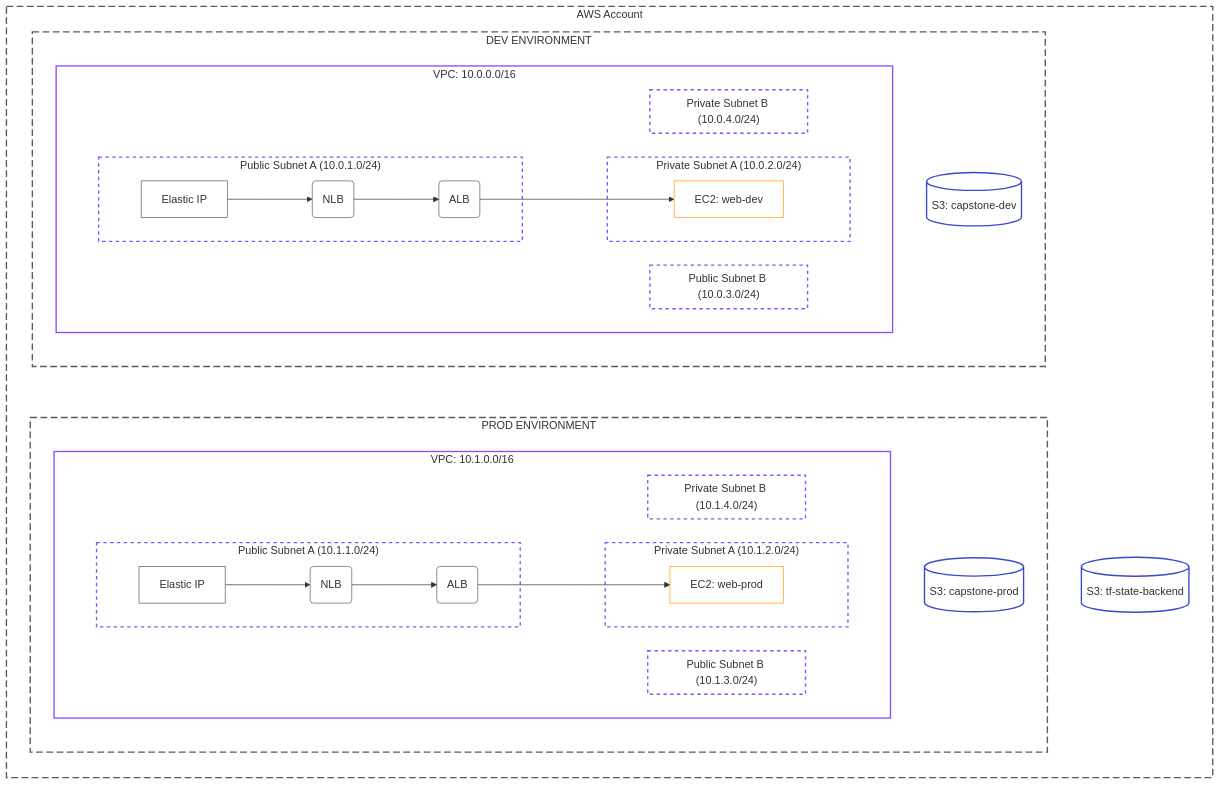
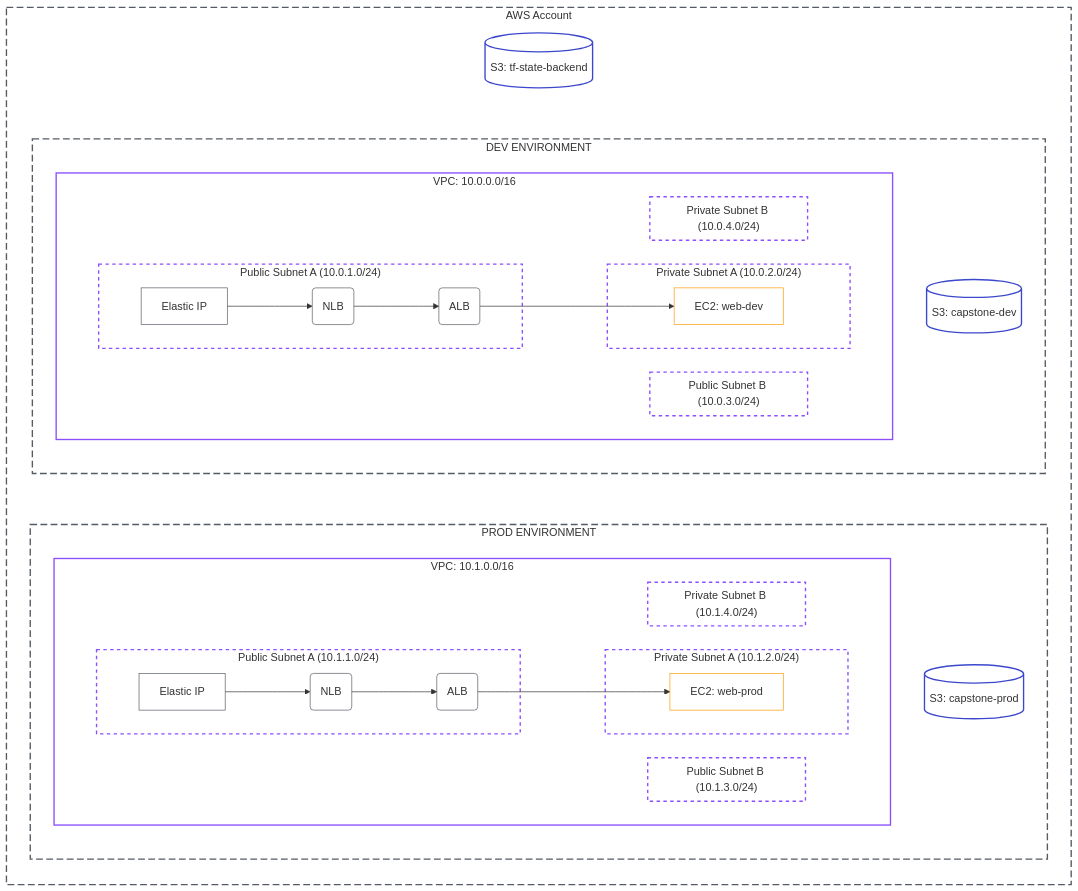
One commit to luhur-acn/intern-labs changed the first of 2 diagrams in capstones/capstone3/Project_Capstone_Import.md. Above: the diagram before and after it, drawn with Mermaid. The commit also changed 1 other file, not shown here.

Commit message:
refactor: Improve clarity and organization of Mermaid diagrams in IaC and Import capstone project documentation.

````diff
--- a/capstones/capstone3/Project_Capstone_Import.md
+++ b/capstones/capstone3/Project_Capstone_Import.md
@@ -24,63 +24,67 @@
 ```mermaid
-graph TD
+graph TB
     %% Styling (AWS Standards)
     classDef vpc fill:none,stroke:#8c4fff,stroke-width:2px;
     classDef subnet fill:none,stroke:#8c4fff,stroke-width:2px,stroke-dasharray: 5 5;
     classDef compute fill:none,stroke:#ff9900,stroke-width:1px;
     classDef s3 fill:none,stroke:#3b48cc,stroke-width:2px;
     classDef env fill:none,stroke:#545b64,stroke-width:2px,stroke-dasharray: 10 5;
     classDef external fill:none,stroke:#545b64,stroke-width:1px;
 
     subgraph AWS_Acc ["AWS Account"]
         direction TB
 
+        TFState[(S3: tf-state-backend)]
+
         subgraph DevEnv ["DEV ENVIRONMENT"]
             direction TB
+            D_S3[(S3: capstone-dev)]
             subgraph DevVPC ["VPC: 10.0.0.0/16"]
+                direction LR
                 subgraph DevPub ["Public Subnet A (10.0.1.0/24)"]
                     D_EIP[Elastic IP] --> D_NLB(NLB)
                     D_NLB --> D_ALB(ALB)
                 end
                 subgraph DevPubB ["Public Subnet B (10.0.3.0/24)"]
                 end
                 subgraph DevPriv ["Private Subnet A (10.0.2.0/24)"]
                     D_ALB --> D_EC2[EC2: web-dev]
                 end
                 subgraph DevPrivB ["Private Subnet B (10.0.4.0/24)"]
                 end
             end
-            D_S3[(S3: capstone-dev)]
         end
-
-        DevEnv ~~~ ProdEnv
 
         subgraph ProdEnv ["PROD ENVIRONMENT"]
             direction TB
+            P_S3[(S3: capstone-prod)]
             subgraph ProdVPC ["VPC: 10.1.0.0/16"]
+                direction LR
                 subgraph ProdPub ["Public Subnet A (10.1.1.0/24)"]
                     P_EIP[Elastic IP] --> P_NLB(NLB)
                     P_NLB --> P_ALB(ALB)
                 end
                 subgraph ProdPubB ["Public Subnet B (10.1.3.0/24)"]
                 end
                 subgraph ProdPriv ["Private Subnet A (10.1.2.0/24)"]
                     P_ALB --> P_EC2[EC2: web-prod]
                 end
                 subgraph ProdPrivB ["Private Subnet B (10.1.4.0/24)"]
                 end
             end
-            P_S3[(S3: capstone-prod)]
         end
+    end
 
-        TFState[(S3: tf-state-backend)]
-    end
+    %% Invisible links to prevent layout engine overlap
+    TFState ~~~ DevEnv
+    DevEnv ~~~ ProdEnv
 
     %% Assign Classes
     class DevEnv,ProdEnv env;
     class DevVPC,ProdVPC vpc;
     class DevPub,DevPubB,DevPriv,DevPrivB,ProdPub,ProdPubB,ProdPriv,ProdPrivB subnet;
     class D_EC2,P_EC2 compute;
     class D_S3,P_S3,TFState s3;
     class D_EIP,D_NLB,D_ALB,P_EIP,P_NLB,P_ALB external;
     class AWS_Acc env;
 ```
````
